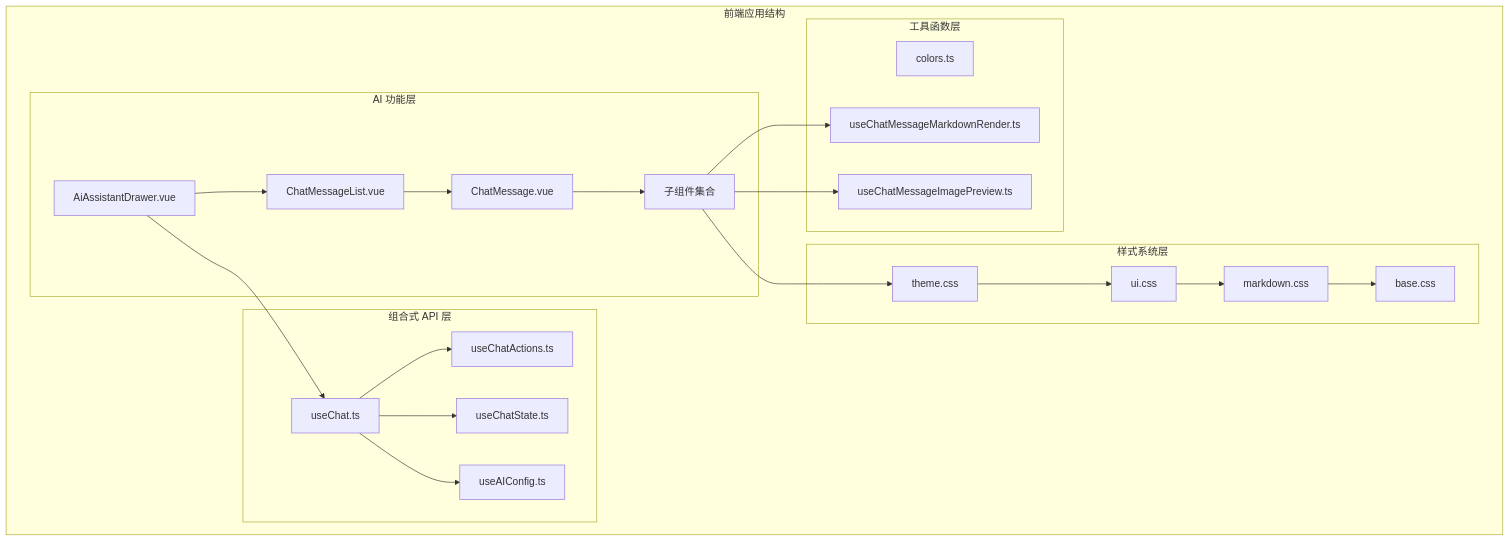
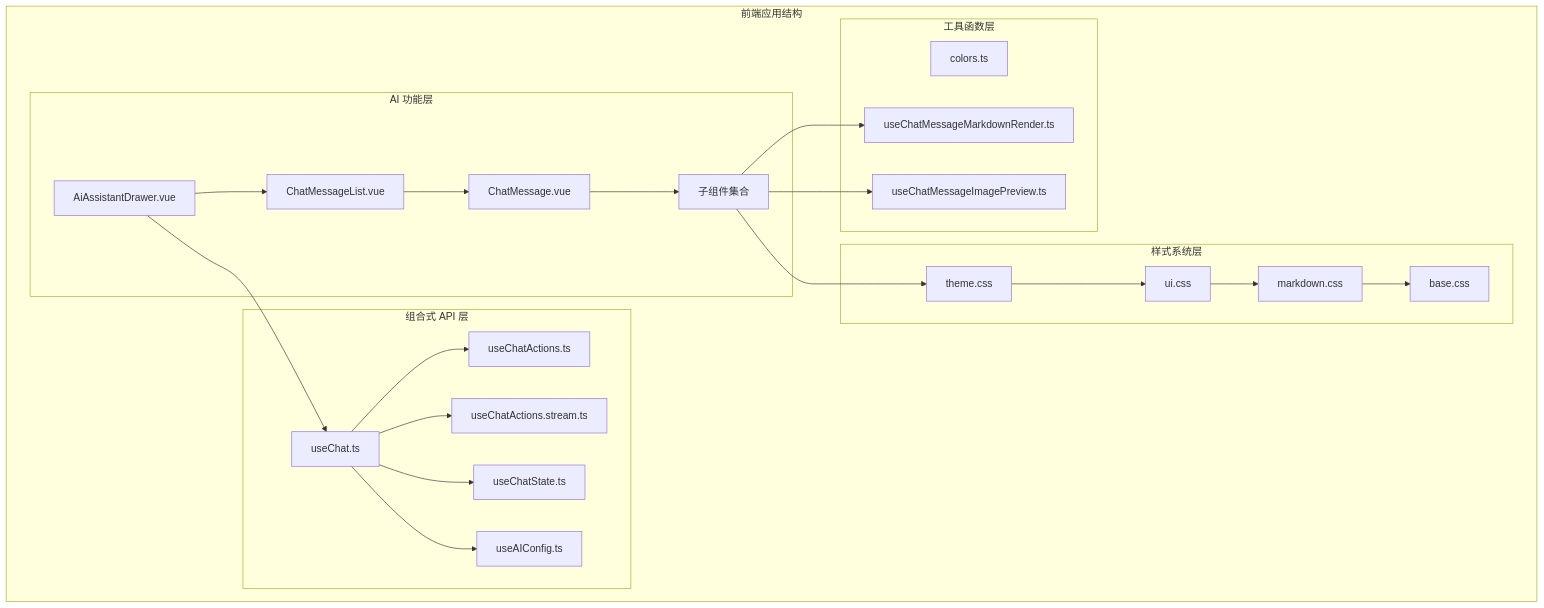
The first of 12 diagrams in .qoder/repowiki/zh/content/前端开发/AI 聊天样式系统.md (xixixiaoyu/Todo), drawn with Mermaid before and after one commit. The commit also changed other lines of this file and 8 other files, not shown here.

````diff
--- a/.qoder/repowiki/zh/content/前端开发/AI 聊天样式系统.md
+++ b/.qoder/repowiki/zh/content/前端开发/AI 聊天样式系统.md
@@ -51,41 +60,43 @@
 ```mermaid
 graph TB
 subgraph "前端应用结构"
 subgraph "AI 功能层"
 Drawer[AiAssistantDrawer.vue]
 MessageList[ChatMessageList.vue]
 Message[ChatMessage.vue]
 Components[子组件集合]
 end
 subgraph "组合式 API 层"
 ChatComposable[useChat.ts]
 ActionsComposable[useChatActions.ts]
+StreamActions[useChatActions.stream.ts]
 StateComposable[useChatState.ts]
 ConfigComposable[useAIConfig.ts]
 end
 subgraph "样式系统层"
 ThemeCSS[theme.css]
 UICSS[ui.css]
 MarkdownCSS[markdown.css]
 BaseCSS[base.css]
 end
 subgraph "工具函数层"
 ColorsTS[colors.ts]
 MarkdownRender[useChatMessageMarkdownRender.ts]
 ImagePreview[useChatMessageImagePreview.ts]
 end
 end
 Drawer --> MessageList
 MessageList --> Message
 Message --> Components
 Drawer --> ChatComposable
 ChatComposable --> ActionsComposable
+ChatComposable --> StreamActions
 ChatComposable --> StateComposable
 ChatComposable --> ConfigComposable
 Components --> MarkdownRender
 Components --> ImagePreview
 Components --> ThemeCSS
 ThemeCSS --> UICSS
 UICSS --> MarkdownCSS
 MarkdownCSS --> BaseCSS
 ```
````
